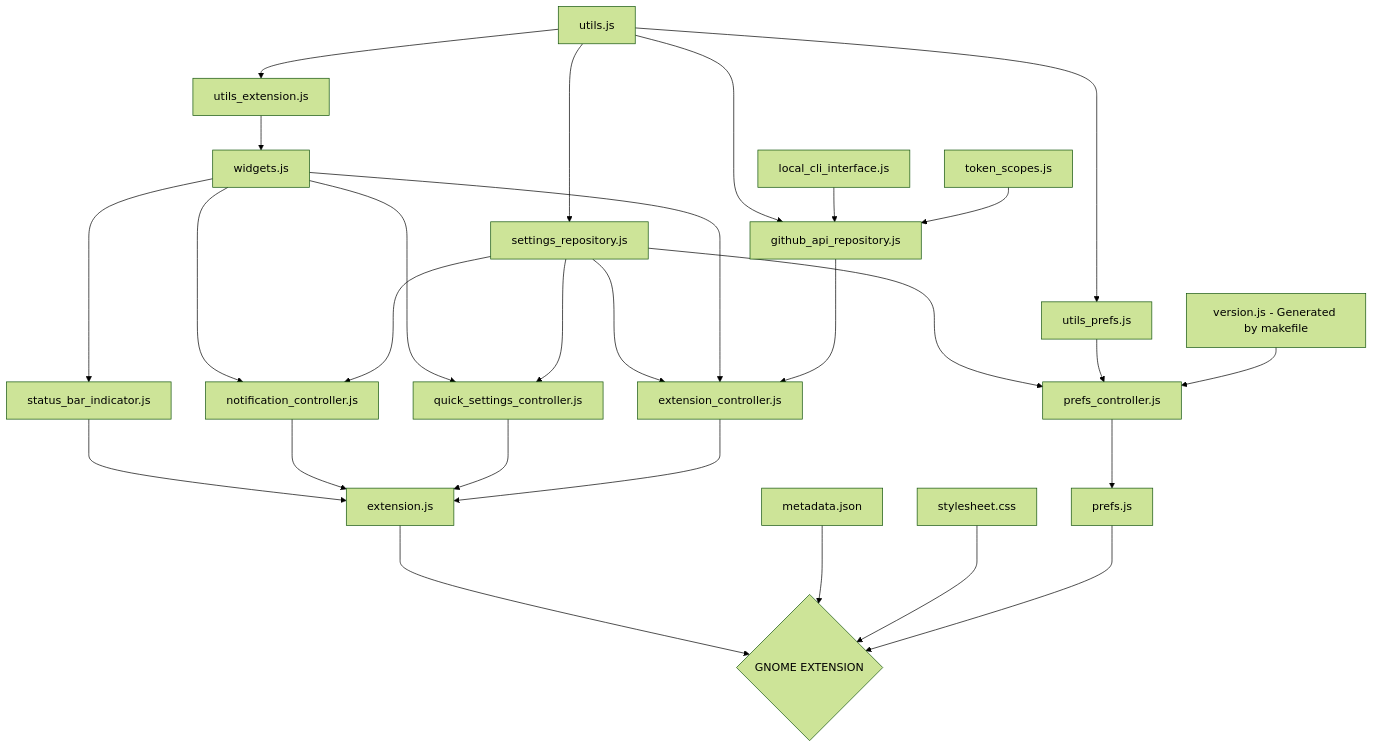
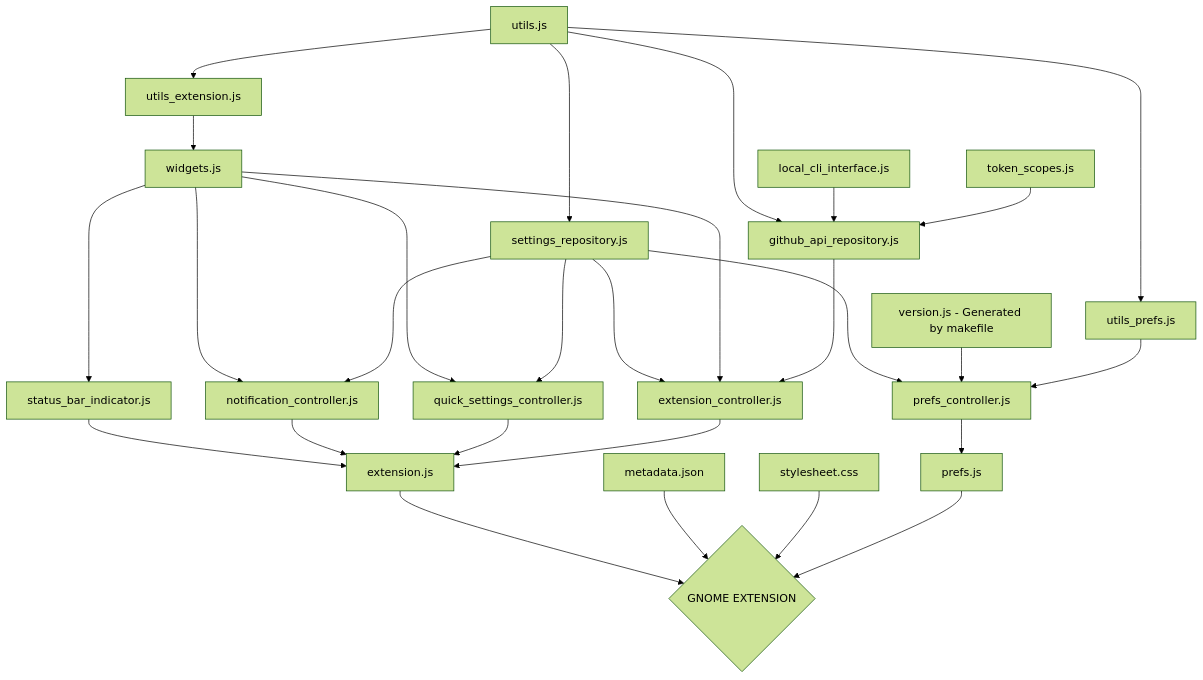
Before and after one commit to arononak/github-actions-gnome-extension: the diagram in README.md, drawn with Mermaid (forest theme).

````diff
--- a/README.md
+++ b/README.md
@@ -32,33 +32,33 @@
 ```mermaid
 graph TD;
     utils.js-->utils_extension.js
     utils.js-->github_api_repository.js
     utils.js-->utils_prefs.js
     utils.js-->settings_repository.js
     utils_extension.js-->widgets.js
     widgets.js---->status_bar_indicator.js
     widgets.js---->quick_settings_controller.js
     widgets.js---->notification_controller.js
     settings_repository.js--->extension_controller.js
     widgets.js--->extension_controller.js
 
     local_cli_interface.js-->github_api_repository.js
     token_scopes.js-->github_api_repository.js
     github_api_repository.js--->extension_controller.js
     settings_repository.js--->quick_settings_controller.js
     settings_repository.js--->notification_controller.js
     settings_repository.js--->prefs_controller.js
+    version.js[version.js - Generated by makefile]-->prefs_controller.js
     utils_prefs.js-->prefs_controller.js
 
-    status_bar_indicator.js--->extension.js
-    notification_controller.js--->extension.js
-    quick_settings_controller.js--->extension.js
-    extension_controller.js--->extension.js
-    prefs_controller.js--->prefs.js
-    version.js[version.js - Generated by makefile]-->prefs_controller.js
-
-    extension.js--->EXTENSION{GNOME EXTENSION}
-    metadata.json--->EXTENSION{GNOME EXTENSION}
-    stylesheet.css--->EXTENSION{GNOME EXTENSION}
-    prefs.js--->EXTENSION{GNOME EXTENSION}
+    status_bar_indicator.js-->extension.js
+    notification_controller.js-->extension.js
+    quick_settings_controller.js-->extension.js
+    extension_controller.js-->extension.js
+    prefs_controller.js-->prefs.js
+    
+    extension.js-->EXTENSION{GNOME EXTENSION}
+    metadata.json-->EXTENSION{GNOME EXTENSION}
+    stylesheet.css-->EXTENSION{GNOME EXTENSION}
+    prefs.js-->EXTENSION{GNOME EXTENSION}
 ```
````
